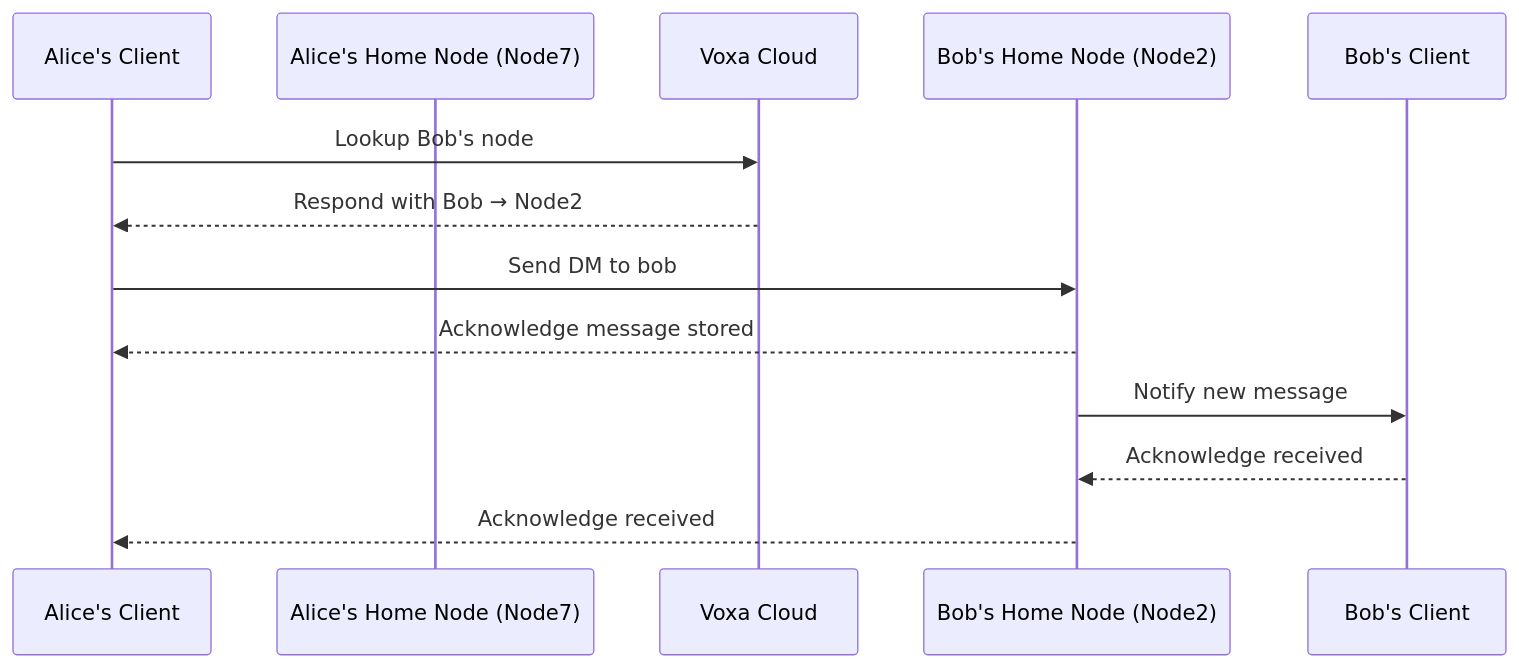
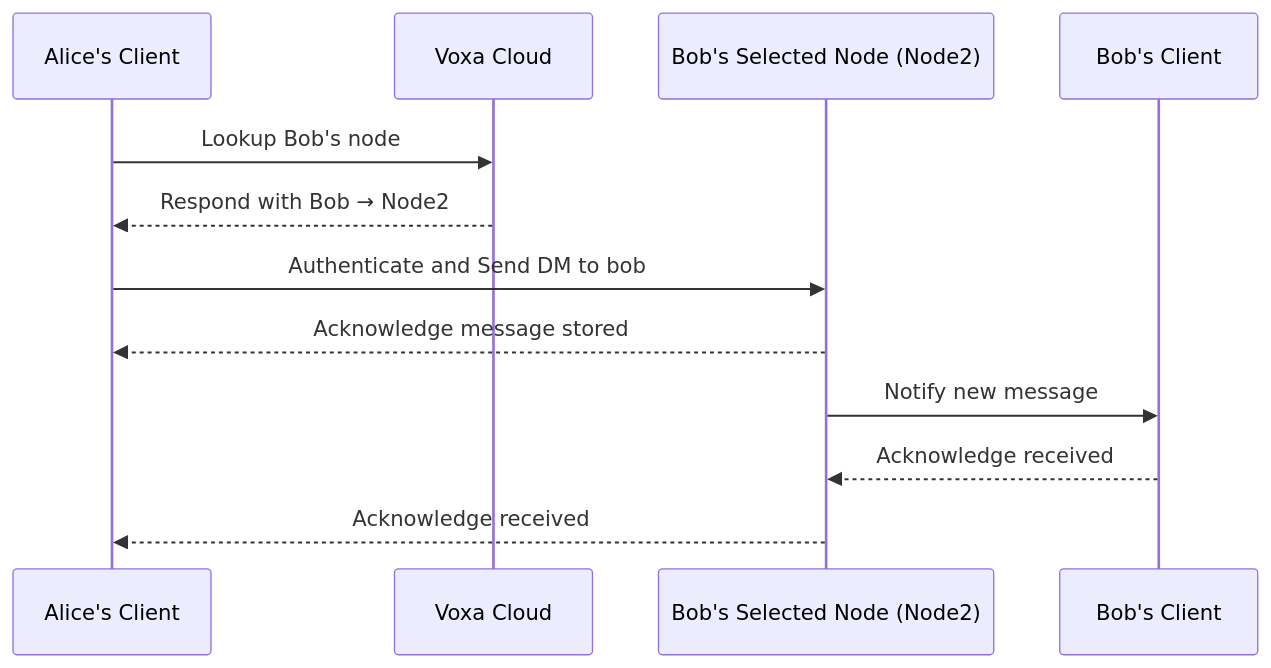
One commit to kleo-dev/voxa changed the first of 3 diagrams in README.md. Above: the diagram before and after it, drawn with Mermaid. The commit also changed other lines of this file, not shown here.

````diff
--- a/README.md
+++ b/README.md
@@ -7,16 +16,15 @@
 ```mermaid
 sequenceDiagram
     participant AliceClient as Alice's Client
-    participant AliceNode as Alice's Home Node (Node7)
     participant Voxa as Voxa Cloud
-    participant BobNode as Bob's Home Node (Node2)
+    participant BobNode as Bob's Selected Node (Node2)
     participant BobClient as Bob's Client
 
     AliceClient->>Voxa: Lookup Bob's node
     Voxa-->>AliceClient: Respond with Bob → Node2
-    AliceClient->>BobNode: Send DM to bob
+    AliceClient->>BobNode: Authenticate and Send DM to bob
     BobNode-->>AliceClient: Acknowledge message stored
     BobNode->>BobClient: Notify new message
     BobClient-->>BobNode: Acknowledge received
     BobNode-->>AliceClient: Acknowledge received
 ```
````
